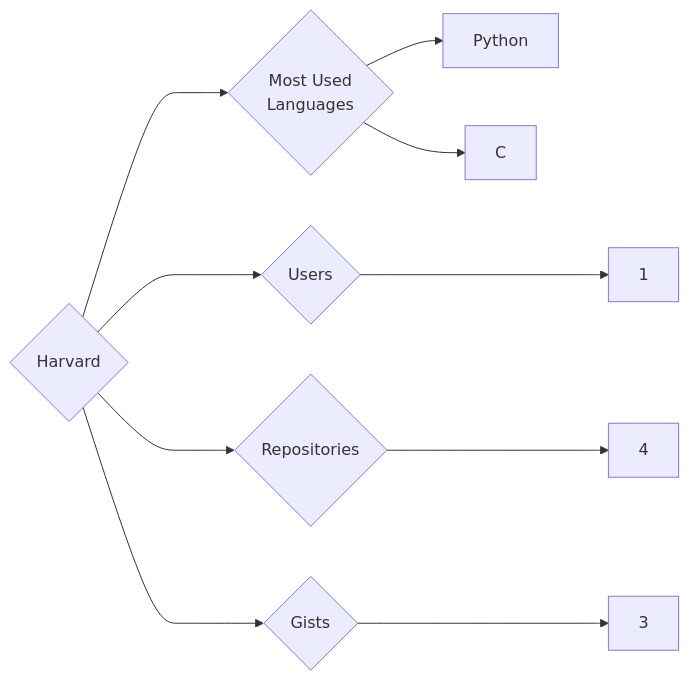
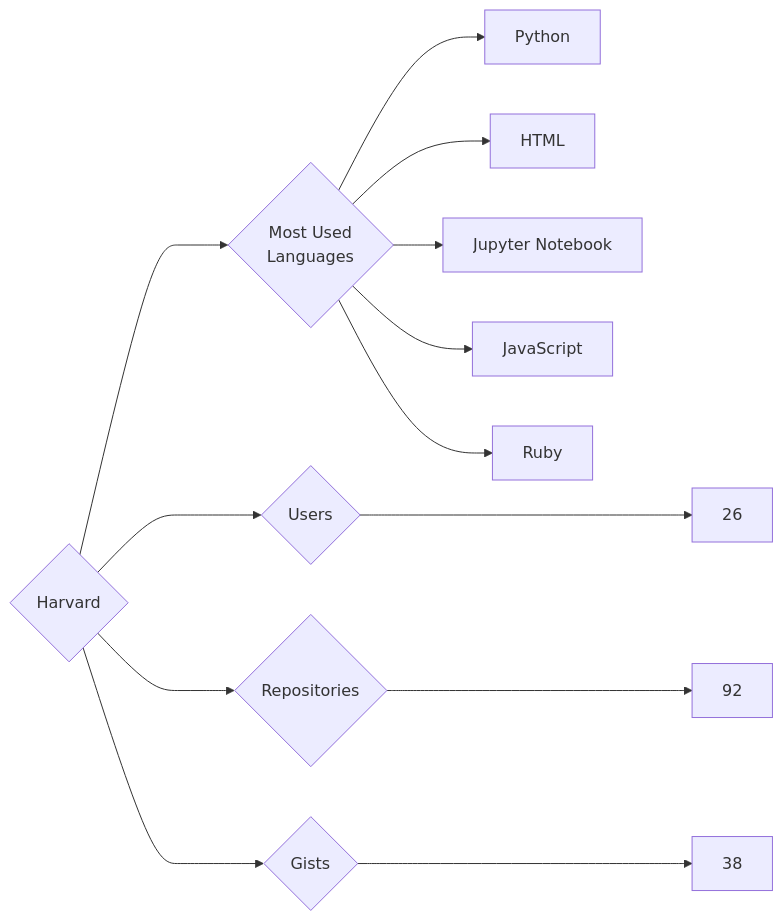
Before and after one commit to trickest/insiders: the diagram in targets/Harvard/README.md, drawn with Mermaid. The commit also changed 924 other files, not shown here.

````diff
--- a/targets/Harvard/README.md
+++ b/targets/Harvard/README.md
@@ -3,10 +3,13 @@
 ```mermaid
 graph LR
 COMPANY_NAME{Harvard}
-COMPANY_NAME ---> U{Users} ---> UN[1]
-COMPANY_NAME ---> R{Repositories} ---> RN[4]
-COMPANY_NAME ---> G{Gists} ---> GN[3]
+COMPANY_NAME ---> U{Users} ---> UN[26]
+COMPANY_NAME ---> R{Repositories} ---> RN[92]
+COMPANY_NAME ---> G{Gists} ---> GN[38]
 COMPANY_NAME ---> ML{Most Used<br>Languages}
 ML --> Python[Python]
-ML --> C[C]
+ML --> HTML[HTML]
+ML --> Jupyter_Notebook[Jupyter Notebook]
+ML --> JavaScript[JavaScript]
+ML --> Ruby[Ruby]
 ```
````
